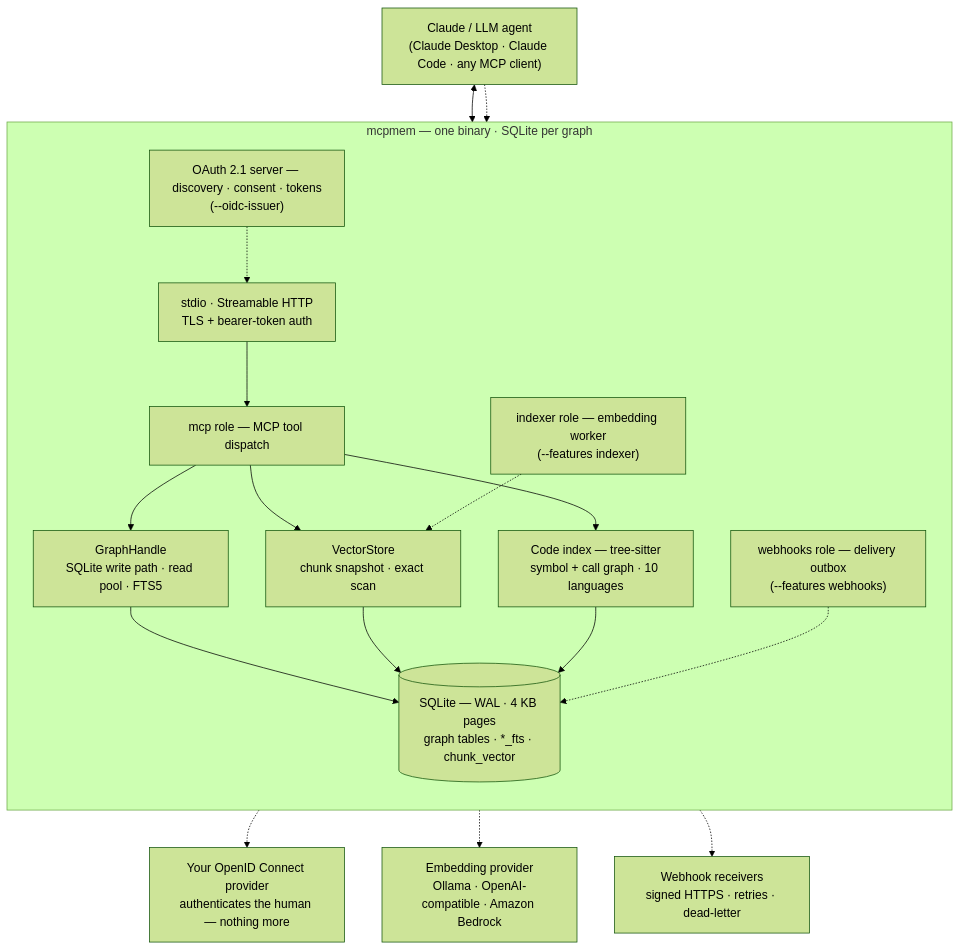
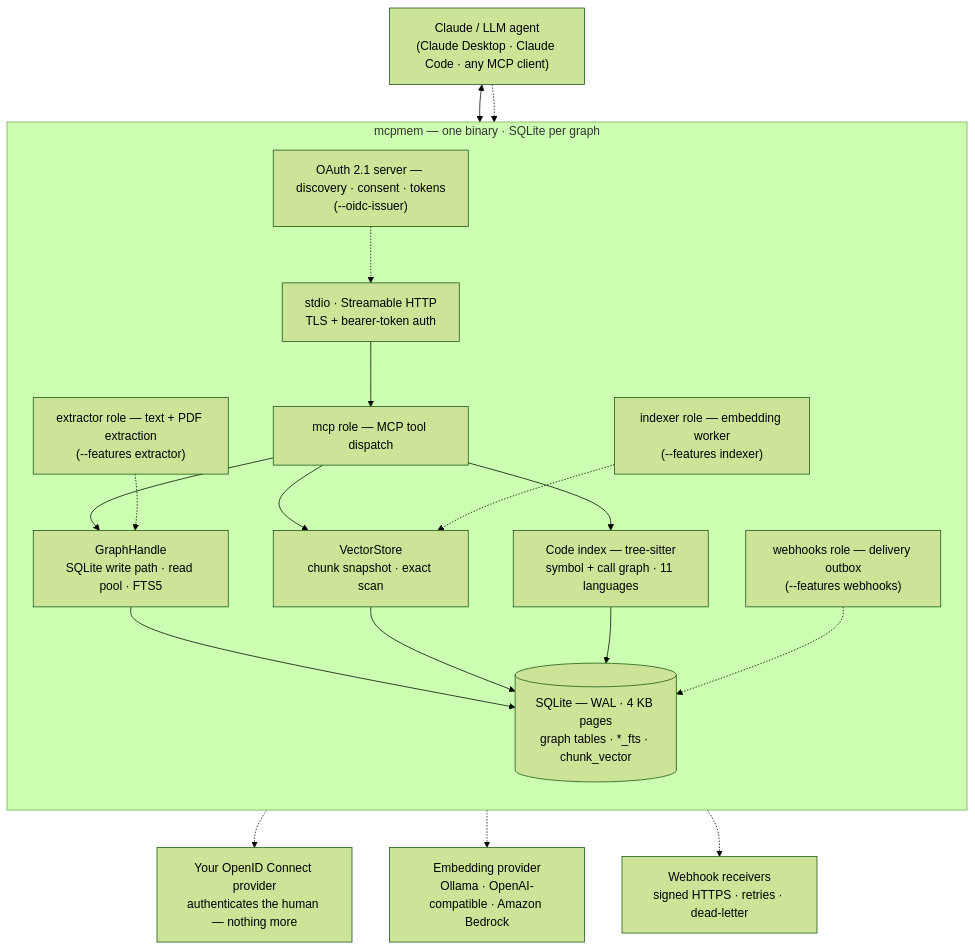
Before and after one commit to abankowski/mcpmem: the diagram in README.md, drawn with Mermaid (forest theme). The commit also changed other lines of this file and 4 other files, not shown here.

````diff
--- a/README.md
+++ b/README.md
@@ -45,33 +45,35 @@
 ```mermaid
 flowchart TB
   Agent["Claude / LLM agent<br/>(Claude Desktop · Claude Code · any MCP client)"]
   Oidc["Your OpenID Connect provider<br/>authenticates the human — nothing more"]
   Embed["Embedding provider<br/>Ollama · OpenAI-compatible · Amazon Bedrock"]
   Hooks["Webhook receivers<br/>signed HTTPS · retries · dead-letter"]
 
   subgraph mem["mcpmem — one binary · SQLite per graph"]
     direction TB
     Tr["stdio · Streamable HTTP<br/>TLS + bearer-token auth"]
     Mcp["mcp role — MCP tool dispatch"]
     OAuth["OAuth 2.1 server — discovery · consent · tokens<br/>(--oidc-issuer)"]
     Idx["indexer role — embedding worker<br/>(--features indexer)"]
+    Ext["extractor role — text + PDF extraction<br/>(--features extractor)"]
     Wbk["webhooks role — delivery outbox<br/>(--features webhooks)"]
     Gr["GraphHandle<br/>SQLite write path · read pool · FTS5"]
     Vc["VectorStore<br/>chunk snapshot · exact scan"]
-    Cd["Code index — tree-sitter<br/>symbol + call graph · 10 languages"]
+    Cd["Code index — tree-sitter<br/>symbol + call graph · 11 languages"]
     Sql[("SQLite — WAL · 4 KB pages<br/>graph tables · *_fts · chunk_vector")]
 
     Tr --> Mcp
     Mcp --> Gr & Vc & Cd
     Gr & Vc & Cd --> Sql
     OAuth -.-> Tr
+    Ext -.-> Gr
     Idx -.-> Vc
     Wbk -.-> Sql
   end
 
   Agent <--> Tr
   Agent -.-> OAuth
   OAuth -.-> Oidc
   Idx -.-> Embed
   Wbk -.-> Hooks
 ```
````
